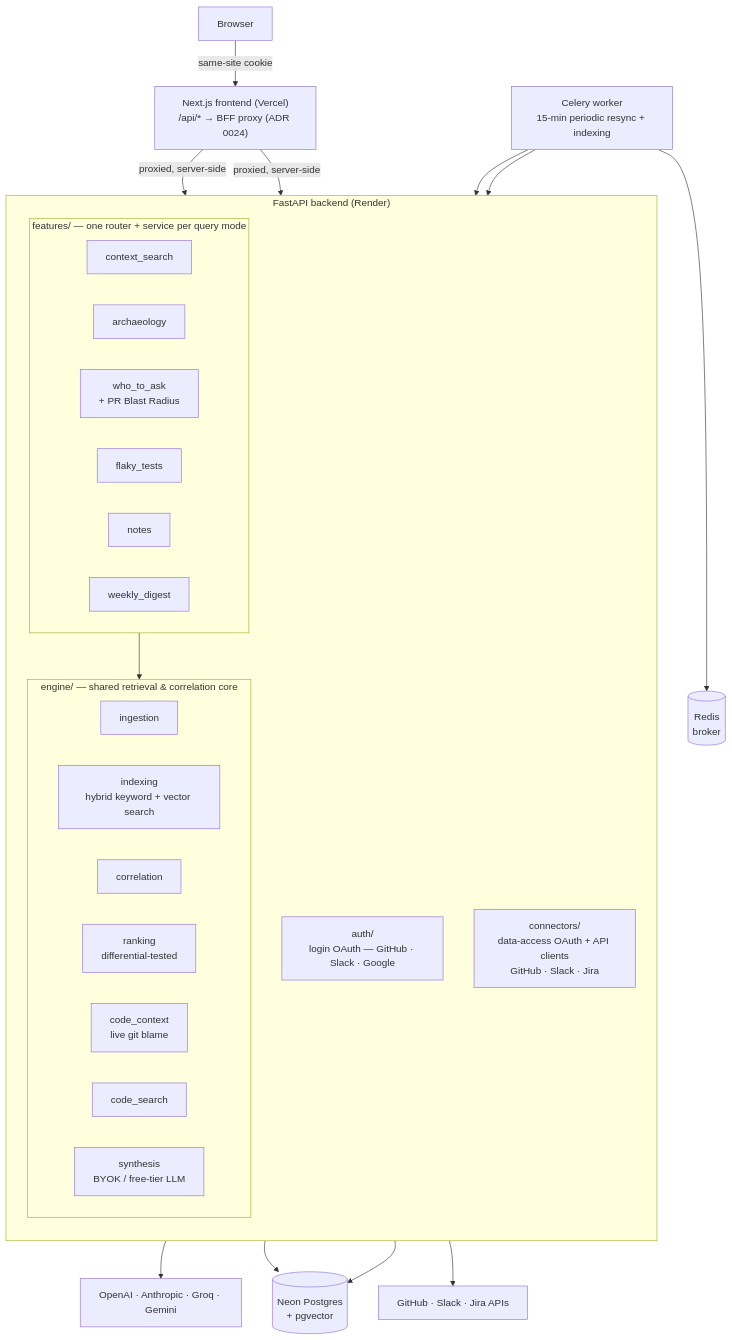
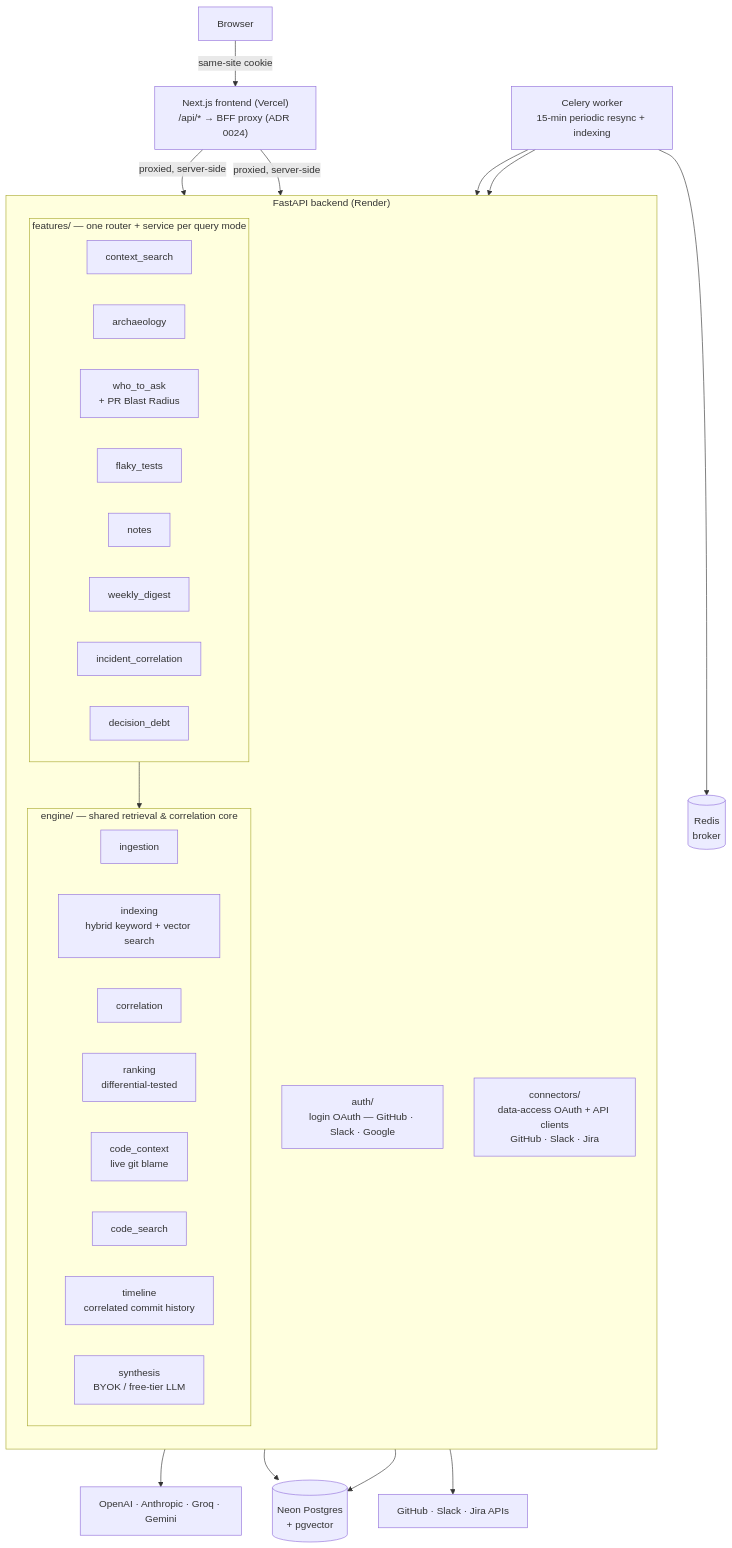
The diagram in README.md (kankaniakshat185/Relay), drawn with Mermaid before and after one commit. The commit also changed other lines of this file and 3 other files, not shown here.

````diff
--- a/README.md
+++ b/README.md
@@ -25,52 +27,55 @@
 ```mermaid
 flowchart TB
     Browser["Browser"]
     Frontend["Next.js frontend (Vercel)<br/>/api/* → BFF proxy (ADR 0024)"]
 
     subgraph API["FastAPI backend (Render)"]
         direction TB
         Auth["auth/<br/>login OAuth — GitHub · Slack · Google"]
         Connectors["connectors/<br/>data-access OAuth + API clients<br/>GitHub · Slack · Jira"]
 
         subgraph Features["features/ — one router + service per query mode"]
             direction LR
             CS["context_search"]
             Arch["archaeology"]
             WTA["who_to_ask<br/>+ PR Blast Radius"]
             FT["flaky_tests"]
             Notes["notes"]
             WD["weekly_digest"]
+            IC["incident_correlation"]
+            DD["decision_debt"]
         end
 
         subgraph Engine["engine/ — shared retrieval & correlation core"]
             direction LR
             Ingestion["ingestion"]
             Indexing["indexing<br/>hybrid keyword + vector search"]
             Correlation["correlation"]
             Ranking["ranking<br/>differential-tested"]
             CodeContext["code_context<br/>live git blame"]
             CodeSearch["code_search"]
+            Timeline["timeline<br/>correlated commit history"]
             Synthesis["synthesis<br/>BYOK / free-tier LLM"]
         end
     end
 
     Worker["Celery worker<br/>15-min periodic resync + indexing"]
 
     DB[("Neon Postgres<br/>+ pgvector")]
     Cache[("Redis<br/>broker")]
 
     Providers["GitHub · Slack · Jira APIs"]
     LLMs["OpenAI · Anthropic · Groq · Gemini"]
 
     Browser -->|same-site cookie| Frontend
     Frontend -->|proxied, server-side| Auth
     Frontend -->|proxied, server-side| Features
     Features --> Engine
     Connectors --> Providers
     Auth --> DB
     Engine --> DB
     Worker --> Connectors
     Worker --> Engine
     Worker --> Cache
     Engine --> LLMs
 ```
````
